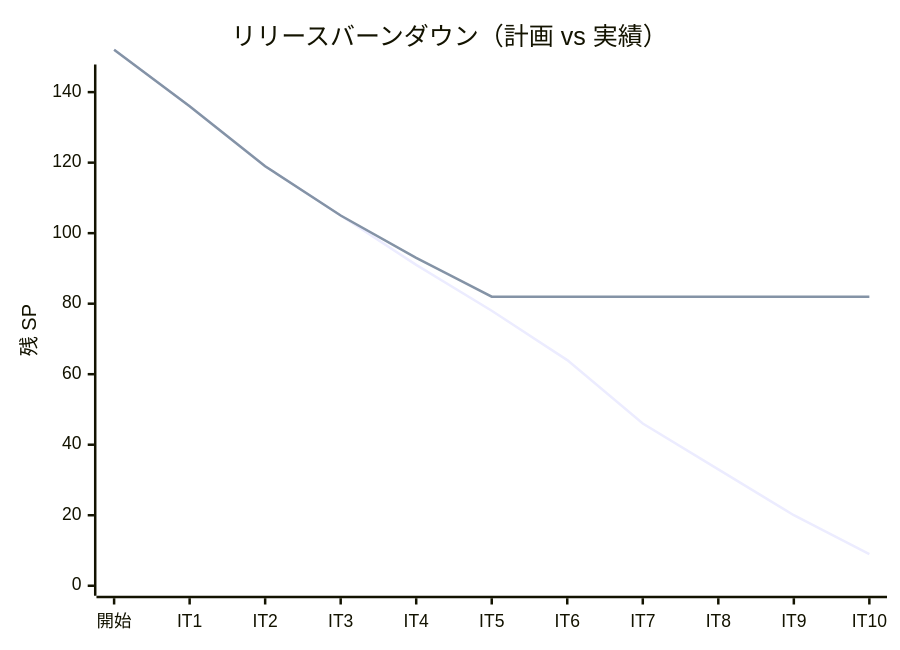
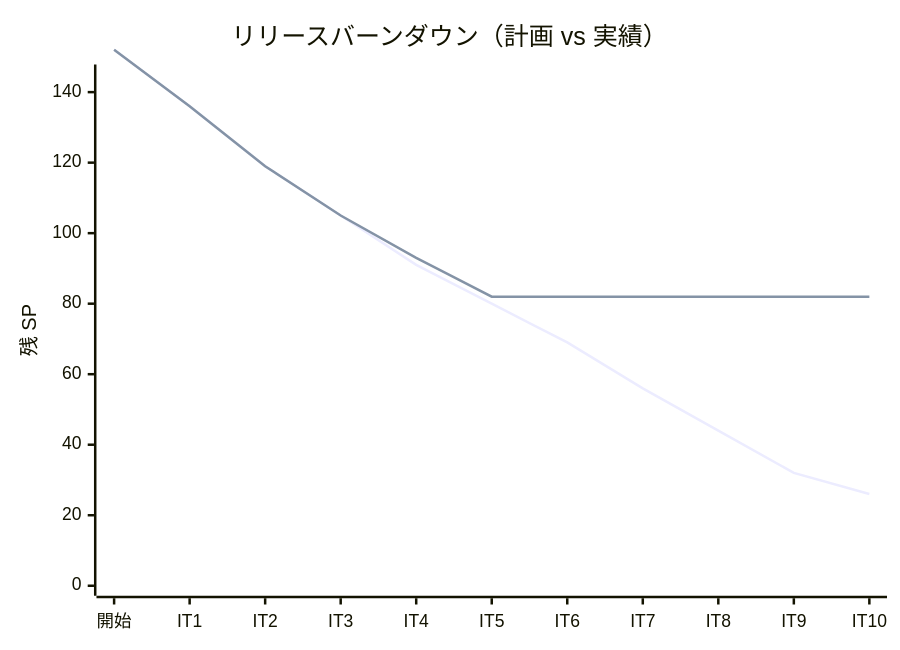
One commit to k2works/case-study-cargo-tracker changed the third of 3 diagrams in docs/development/release_plan.md. Above: the diagram before and after it, drawn with Mermaid. The commit also changed other lines of this file and 1 other file, not shown here.

````diff
--- a/docs/development/release_plan.md
+++ b/docs/development/release_plan.md
@@ -512,8 +543,8 @@
 ```mermaid
 xychart-beta
     title "リリースバーンダウン（計画 vs 実績）"
     x-axis ["開始", "IT1", "IT2", "IT3", "IT4", "IT5", "IT6", "IT7", "IT8", "IT9", "IT10"]
     y-axis "残 SP" 0 --> 145
-    line "計画" [152, 136, 119, 105, 91, 78, 64, 46, 33, 20, 9]
+    line "計画" [152, 136, 119, 105, 91, 80, 69, 56, 44, 32, 26]
     line "実績" [152, 136, 119, 105, 93, 82, 82, 82, 82, 82, 82]
 ```
````
